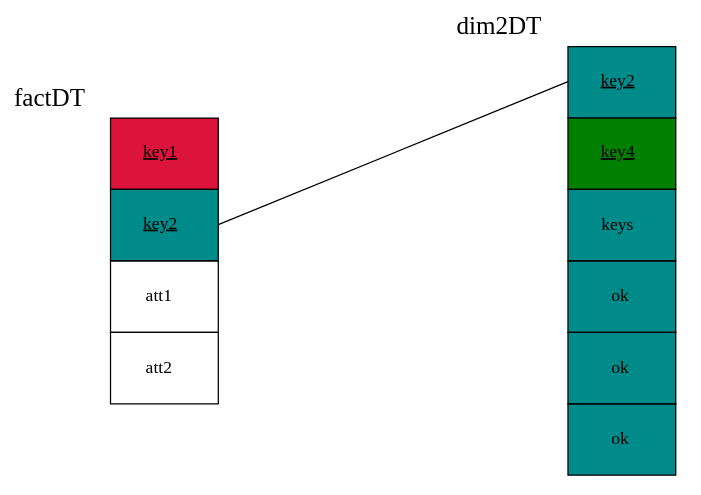
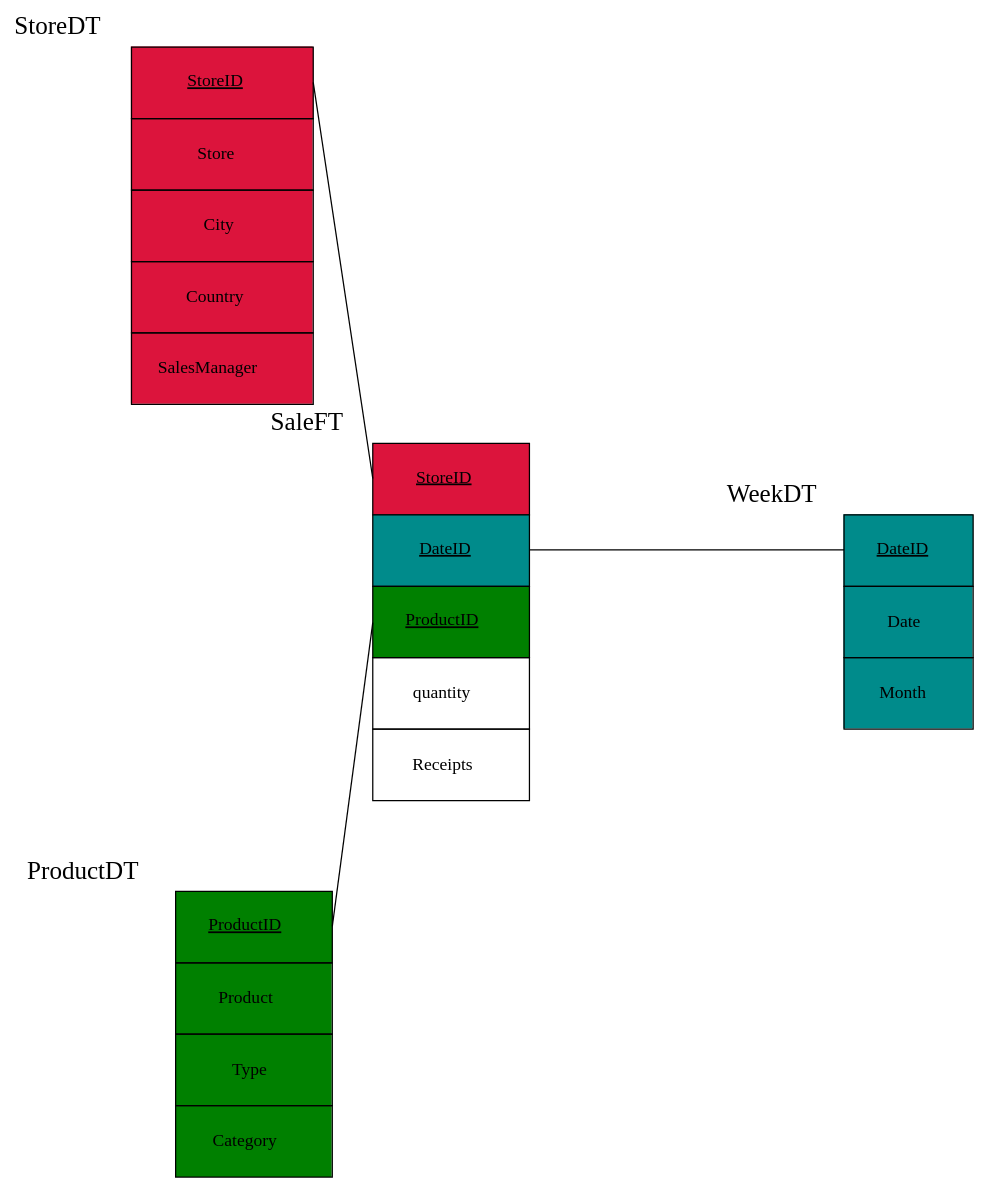
The diagram in cmd/gen/dot.dot (leonardogonfiantini/bubbly), drawn with Graphviz before and after one commit. The commit also changed 4 other files, not shown here.

```diff
--- a/cmd/gen/dot.dot
+++ b/cmd/gen/dot.dot
@@ -1,7 +1,11 @@
 digraph G {
 	layout="circo";
-	factDT:key2->dim2DT:key2[ arrowhead=none ];
-	dim2DT [ label=<<table border="0" bgcolor="darkcyan" cellborder="1" cellspacing="0" cellpadding="20"><tr> <td bgcolor="darkcyan" port="key2"> <u>key2</u> </td> </tr><tr> <td bgcolor="green" port="key4"> <u>key4</u> </td> </tr><tr> <td port="keys">keys</td> </tr><tr> <td port="ok">ok</td> </tr><tr> <td port="ok">ok</td> </tr><tr> <td port="ok">ok</td> </tr></table>>, root=true, shape=plaintext, xlabel=<<font point-size="20">dim2DT</font>> ];
-	factDT [ label=<<table border="0" bgcolor="white" cellborder="1" cellspacing="0" cellpadding="20"><tr> <td bgcolor="crimson" port="key1"> <u>key1</u> </td> </tr><tr> <td bgcolor="darkcyan" port="key2"> <u>key2</u> </td> </tr><tr> <td port="att1">att1</td> </tr><tr> <td port="att2">att2</td> </tr></table>>, root=true, shape=plaintext, xlabel=<<font point-size="20">factDT</font>> ];
+	SaleFT:DateID->WeekDT:DateID[ arrowhead=none ];
+	SaleFT:StoreID->StoreDT:StoreID[ arrowhead=none ];
+	SaleFT:ProductID->ProductDT:ProductID[ arrowhead=none ];
+	ProductDT [ label=<<table border="0" bgcolor="green" cellborder="1" cellspacing="0" cellpadding="20"><tr> <td bgcolor="green" port="ProductID"> <u>ProductID</u> </td> </tr><tr> <td port="Product">Product</td> </tr><tr> <td port="Type">Type</td> </tr><tr> <td port="Category">Category</td> </tr></table>>, root=true, shape=plaintext, xlabel=<<font point-size="20">ProductDT</font>> ];
+	SaleFT [ label=<<table border="0" bgcolor="white" cellborder="1" cellspacing="0" cellpadding="20"><tr> <td bgcolor="crimson" port="StoreID"> <u>StoreID</u> </td> </tr><tr> <td bgcolor="darkcyan" port="DateID"> <u>DateID</u> </td> </tr><tr> <td bgcolor="green" port="ProductID"> <u>ProductID</u> </td> </tr><tr> <td port="quantity">quantity</td> </tr><tr> <td port="Receipts">Receipts</td> </tr></table>>, root=true, shape=plaintext, xlabel=<<font point-size="20">SaleFT</font>> ];
+	StoreDT [ label=<<table border="0" bgcolor="crimson" cellborder="1" cellspacing="0" cellpadding="20"><tr> <td bgcolor="crimson" port="StoreID"> <u>StoreID</u> </td> </tr><tr> <td port="Store">Store</td> </tr><tr> <td port="City">City</td> </tr><tr> <td port="Country">Country</td> </tr><tr> <td port="SalesManager">SalesManager</td> </tr></table>>, root=true, shape=plaintext, xlabel=<<font point-size="20">StoreDT</font>> ];
+	WeekDT [ label=<<table border="0" bgcolor="darkcyan" cellborder="1" cellspacing="0" cellpadding="20"><tr> <td bgcolor="darkcyan" port="DateID"> <u>DateID</u> </td> </tr><tr> <td port="Date">Date</td> </tr><tr> <td port="Month">Month</td> </tr></table>>, root=true, shape=plaintext, xlabel=<<font point-size="20">WeekDT</font>> ];
 
 }
```
